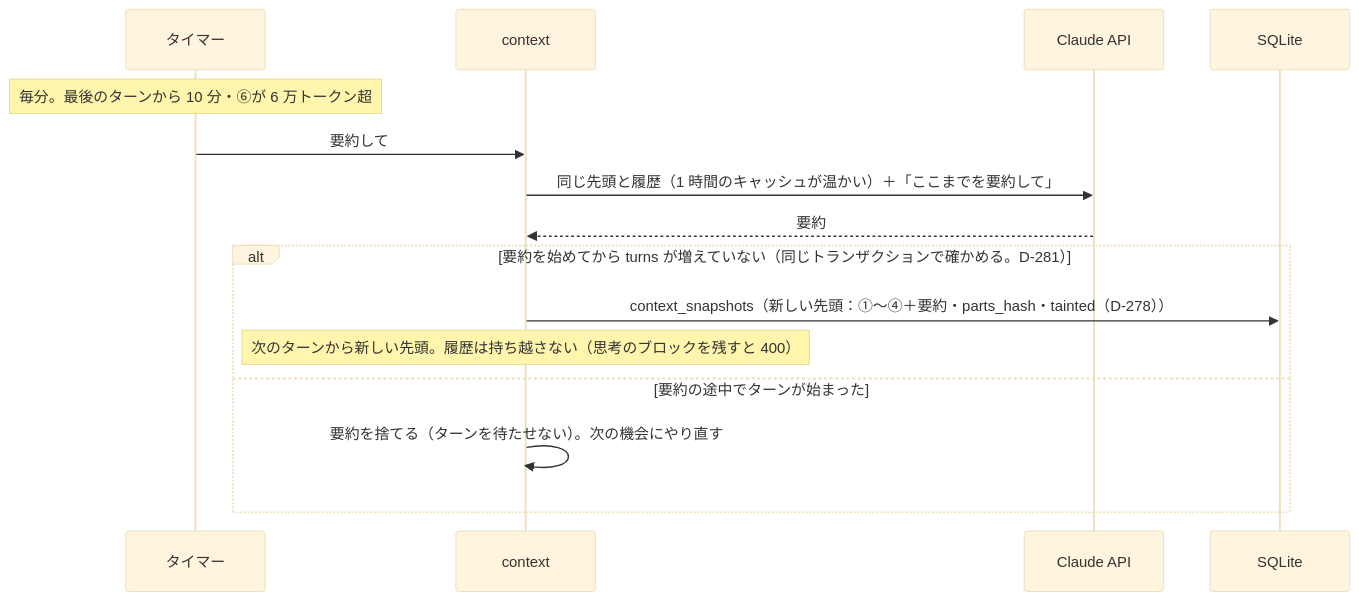
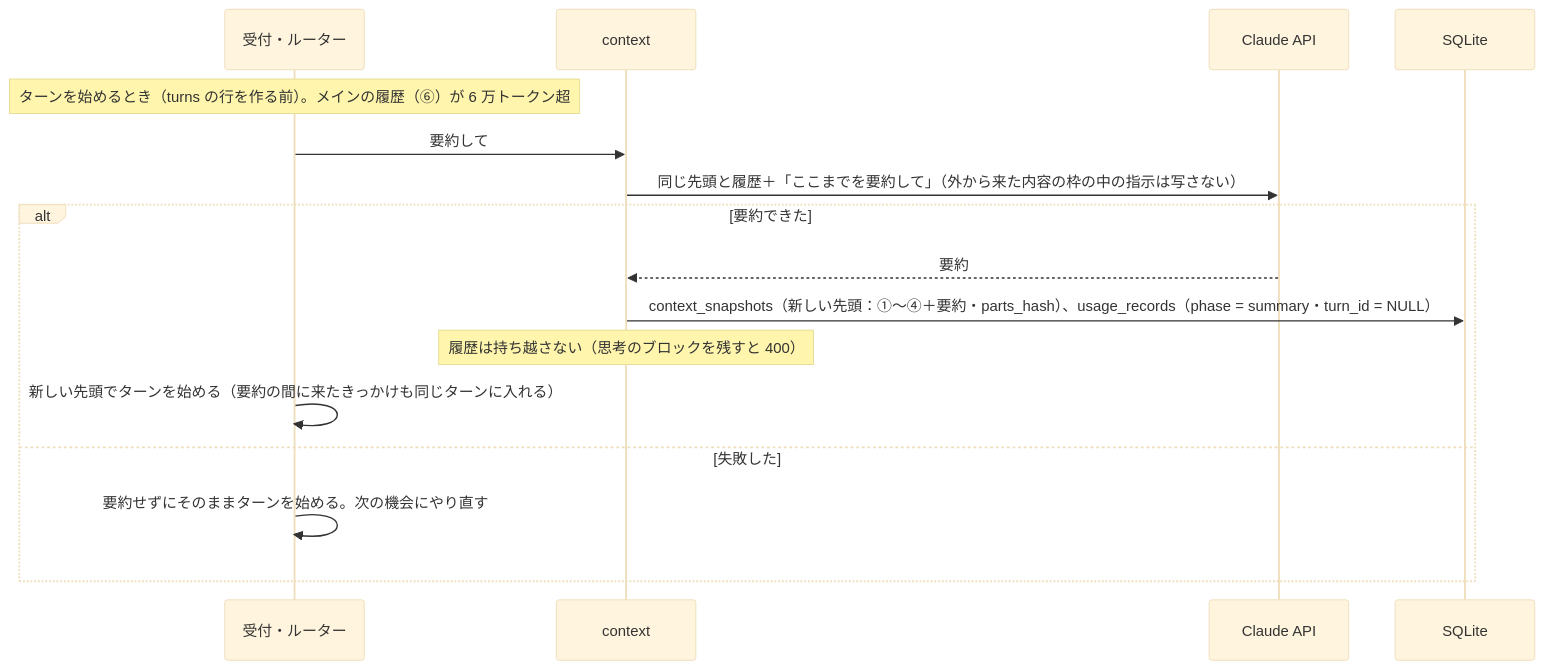
The sixth of 13 diagrams in docs/design/10_diagrams/sequences.md (itiwoja/agent-team), drawn with Mermaid (base theme) before and after one commit. The commit also changed other lines of this file and 34 other files, not shown here.

````diff
--- a/docs/design/10_diagrams/sequences.md
+++ b/docs/design/10_diagrams/sequences.md
@@ -120,17 +123,18 @@
 ```mermaid
 sequenceDiagram
- participant TM as タイマー
+ participant IN as 受付・ルーター
  participant CTX as context
  participant C as Claude API
  participant DB as SQLite
- Note over TM: 毎分。最後のターンから 10 分・⑥が 6 万トークン超
- TM->>CTX: 要約して
- CTX->>C: 同じ先頭と履歴（1 時間のキャッシュが温かい）＋「ここまでを要約して」
- C-->>CTX: 要約
- alt 要約を始めてから turns が増えていない（同じトランザクションで確かめる。D-281）
-  CTX->>DB: context_snapshots（新しい先頭：①〜④＋要約・parts_hash・tainted（D-278））
-  Note over CTX: 次のターンから新しい先頭。履歴は持ち越さない（思考のブロックを残すと 400）
- else 要約の途中でターンが始まった
-  CTX->>CTX: 要約を捨てる（ターンを待たせない）。次の機会にやり直す
+ Note over IN: ターンを始めるとき（turns の行を作る前）。メインの履歴（⑥）が 6 万トークン超
+ IN->>CTX: 要約して
+ CTX->>C: 同じ先頭と履歴＋「ここまでを要約して」（外から来た内容の枠の中の指示は写さない）
+ alt 要約できた
+  C-->>CTX: 要約
+  CTX->>DB: context_snapshots（新しい先頭：①〜④＋要約・parts_hash）、usage_records（phase = summary・turn_id = NULL）
+  Note over CTX: 履歴は持ち越さない（思考のブロックを残すと 400）
+  IN->>IN: 新しい先頭でターンを始める（要約の間に来たきっかけも同じターンに入れる）
+ else 失敗した
+  IN->>IN: 要約せずにそのままターンを始める。次の機会にやり直す
  end
 ```
````
